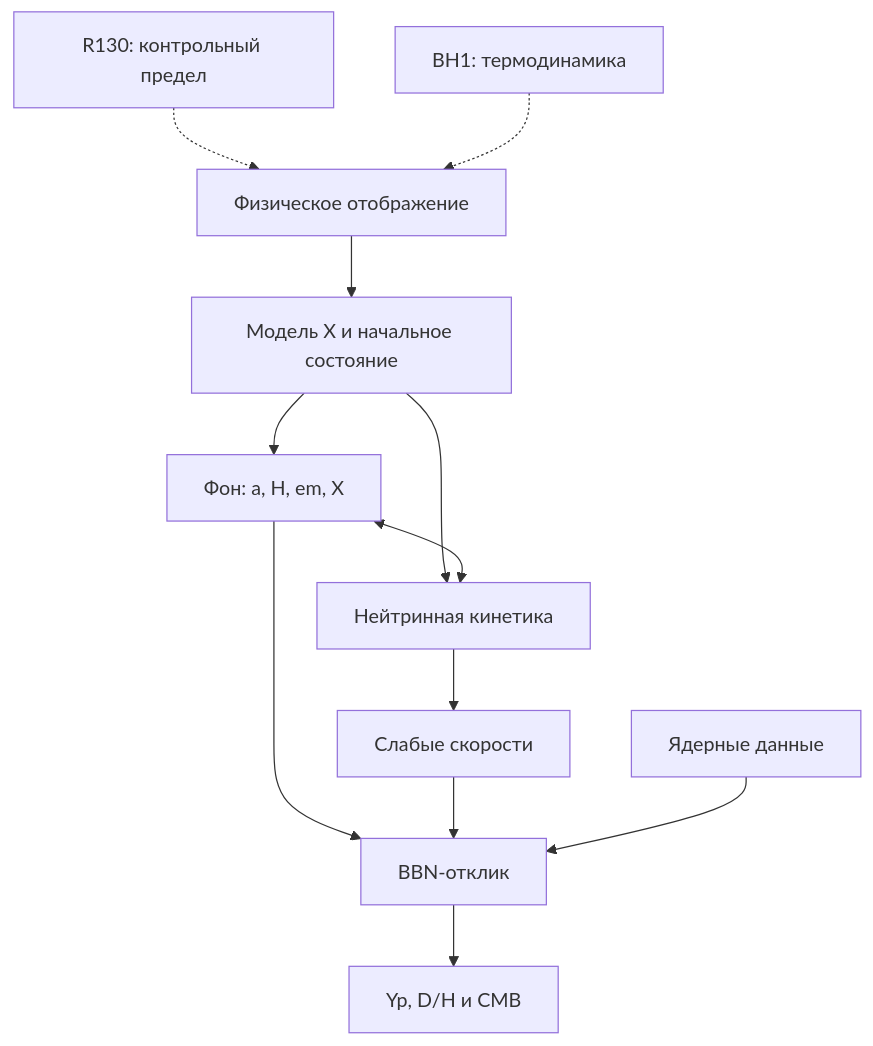
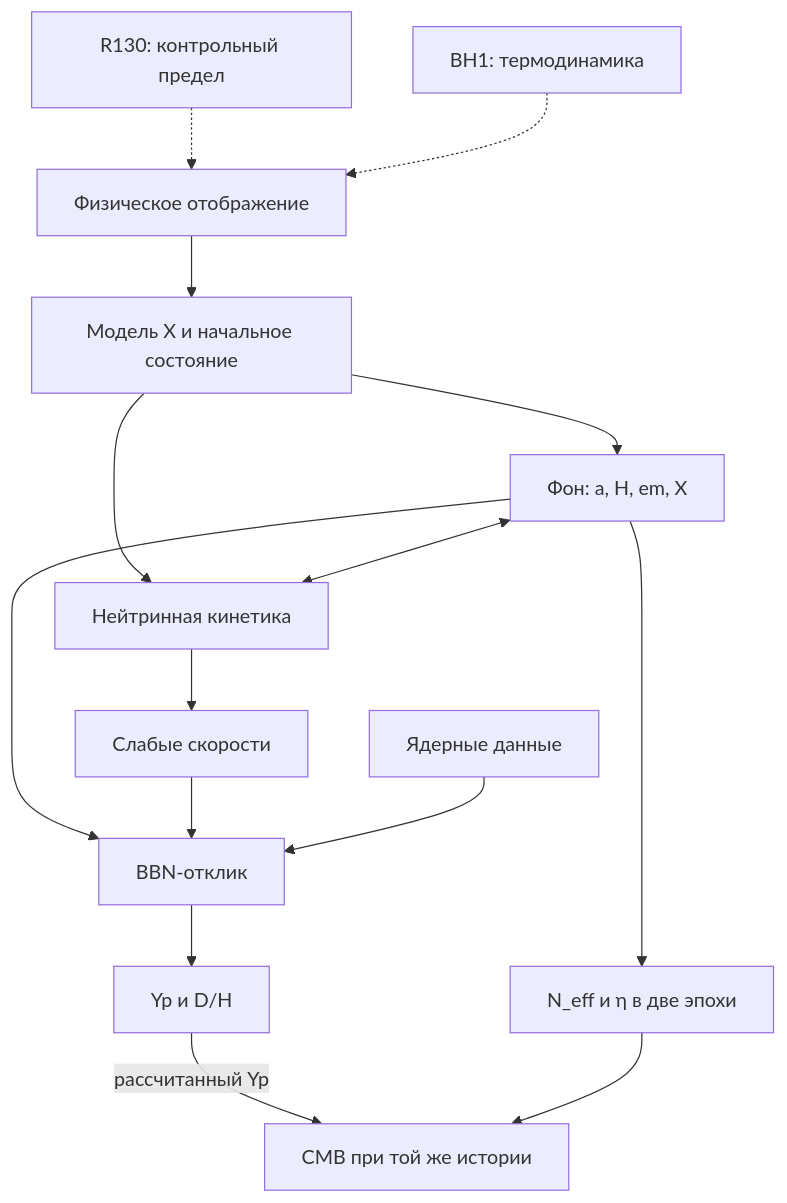
One commit to IgorSabirov/vm-lab changed the first of 4 diagrams in analysis/NEUTRINO_GW_ARCHITECTURE_20261118/REPORT.md. Above: the diagram before and after it, drawn with Mermaid. The commit also changed other lines of this file and 43 other files, not shown here.

Commit message:
Сверка сессии R130–R134, схем и реестров BBN (#139)

````diff
--- a/analysis/NEUTRINO_GW_ARCHITECTURE_20261118/REPORT.md
+++ b/analysis/NEUTRINO_GW_ARCHITECTURE_20261118/REPORT.md
@@ -14,14 +14,17 @@
 ```mermaid
 flowchart TD
  R["R130: контрольный предел"] -.-> M["Физическое отображение"]
  B["BH1: термодинамика"] -.-> M
  M --> X["Модель X и начальное состояние"]
  X --> C["Фон: a, H, em, X"]
  X --> N["Нейтринная кинетика"]
  C <--> N
  N --> W["Слабые скорости"]
  C --> A["BBN-отклик"]
  W --> A
  J["Ядерные данные"] --> A
- A --> O["Yp, D/H и CMB"]
+ A --> O["Yp и D/H"]
+ O -->|"рассчитанный Yp"| CMB["CMB при той же истории"]
+ C --> V["N_eff и η в две эпохи"]
+ V --> CMB
 ```
````
